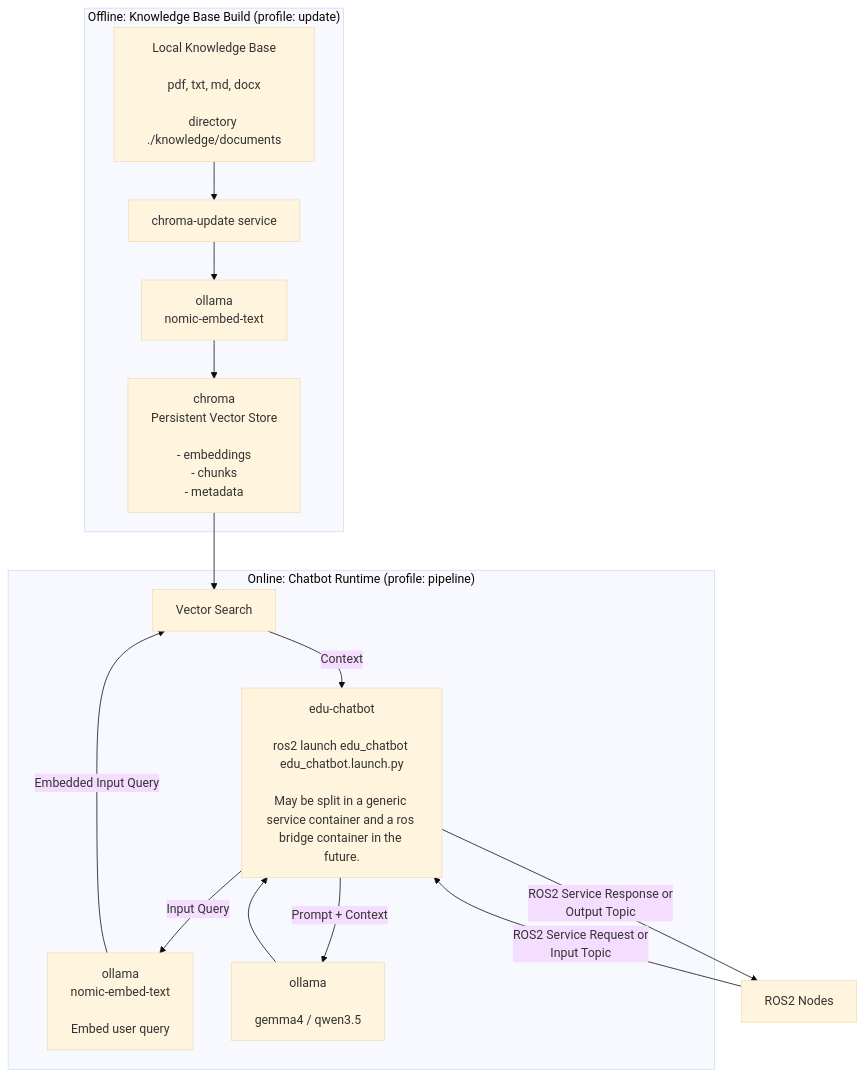
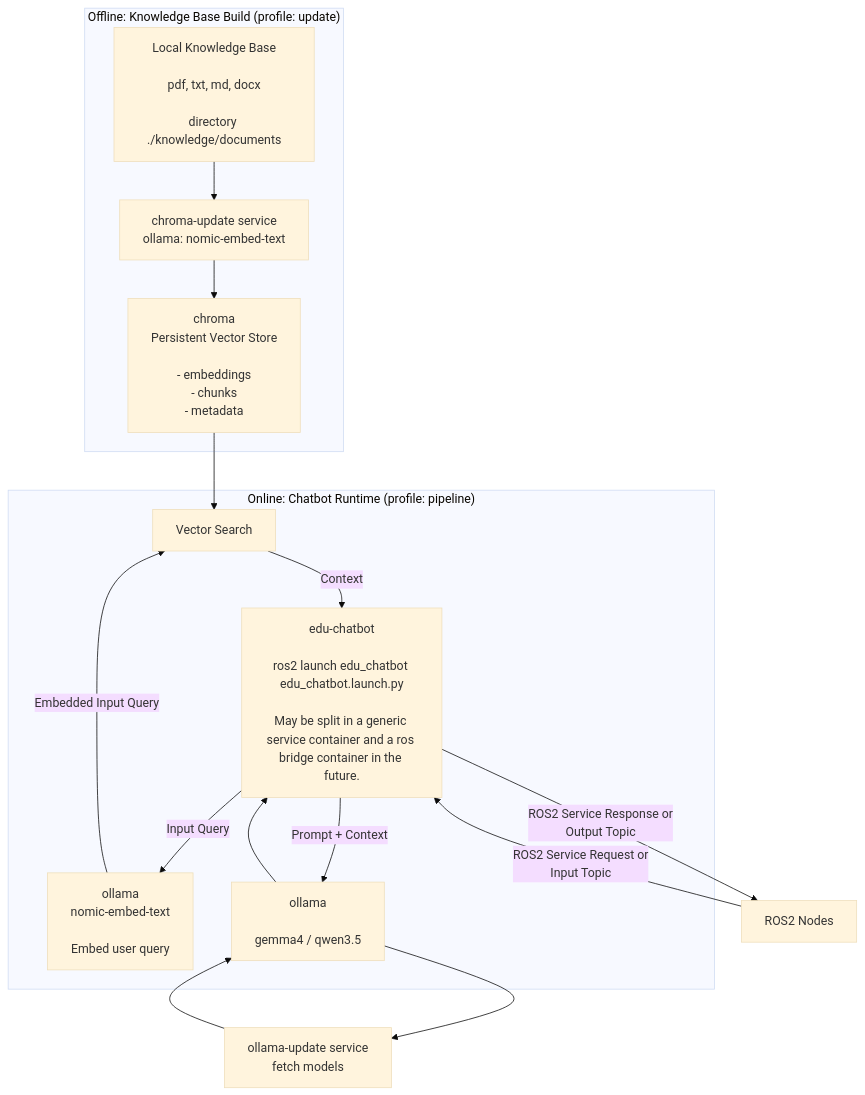
One commit to EduArt-Robotik/edu_chatbot changed the diagram in README.md. Above: the diagram before and after it, drawn with Mermaid (base theme).

Commit message:
docs: update component diagram

````diff
--- a/README.md
+++ b/README.md
@@ -7,63 +7,64 @@
 ```mermaid
 flowchart TB
 
 %% =========================
 %% Offline ingestion
 %% =========================
 
 subgraph OFFLINE["Offline: Knowledge Base Build (profile: update)"]
     DOCS["Local Knowledge Base<br/><br/>pdf, txt, md, docx<br/><br/>directory ./knowledge/documents"]
     
-    INGEST["chroma-update service"]
-    
-    EMBED["ollama<br/>nomic-embed-text"]
+    EMBED["chroma-update service<br/>ollama: nomic-embed-text"]
     
     CHROMA["chroma<br/>Persistent Vector Store<br/><br/>- embeddings<br/>- chunks<br/>- metadata"]
 
-    DOCS --> INGEST
-    INGEST --> EMBED
+    DOCS -->  EMBED
     EMBED --> CHROMA
 end
 
 
 %% =========================
 %% Runtime system
 %% =========================
 
 ROS["ROS2 Nodes"]
+UPDATE["ollama-update service<br/>fetch models"]
 
 subgraph RUNTIME["Online: Chatbot Runtime (profile: pipeline)"]
    
 
     CHATBOT["edu-chatbot<br/><br/>ros2 launch edu_chatbot edu_chatbot.launch.py<br/><br/>May be split in a generic service container and a ros bridge container in the future."]
 
     QEMBED["ollama<br/>nomic-embed-text<br/><br/>Embed user query"]
 
     SEARCH["Vector Search"]
 
     LLM["ollama<br/><br/>gemma4 / qwen3.5"]
 
 end
 
 
 %% =========================
 %% Runtime connections
 %% =========================
 
 ROS -->|"ROS2 Service Request or<br/>Input Topic"| CHATBOT
 
 CHATBOT -->|"Input Query"| QEMBED
 
 QEMBED -->|"Embedded Input Query"| SEARCH
 
 CHROMA --> SEARCH
 
 SEARCH -->|"Context"| CHATBOT
 
 CHATBOT -->|"Prompt + Context"| LLM
 
 LLM --> CHATBOT
 
 CHATBOT -->|"ROS2 Service Response or<br/>Output Topic"| ROS
 
+LLM --> UPDATE
+
+UPDATE --> LLM
 ```
````
